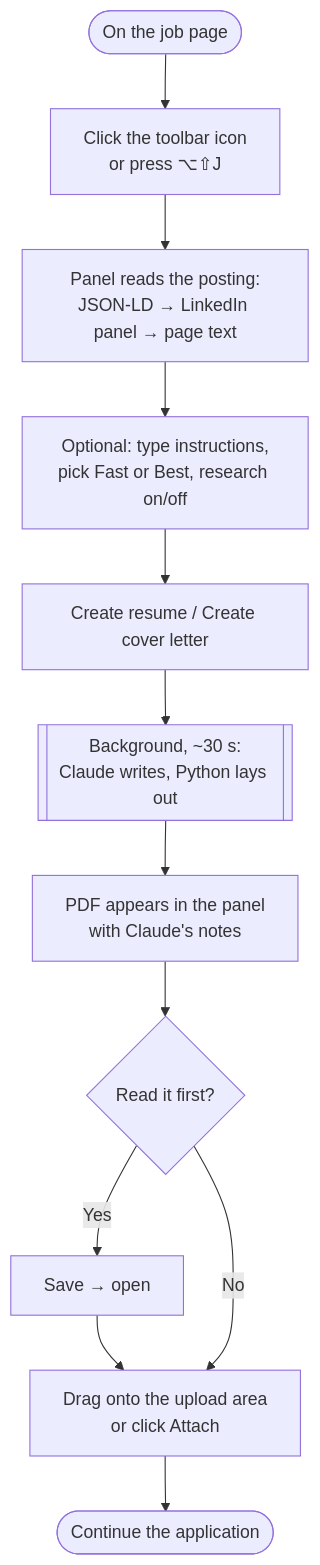
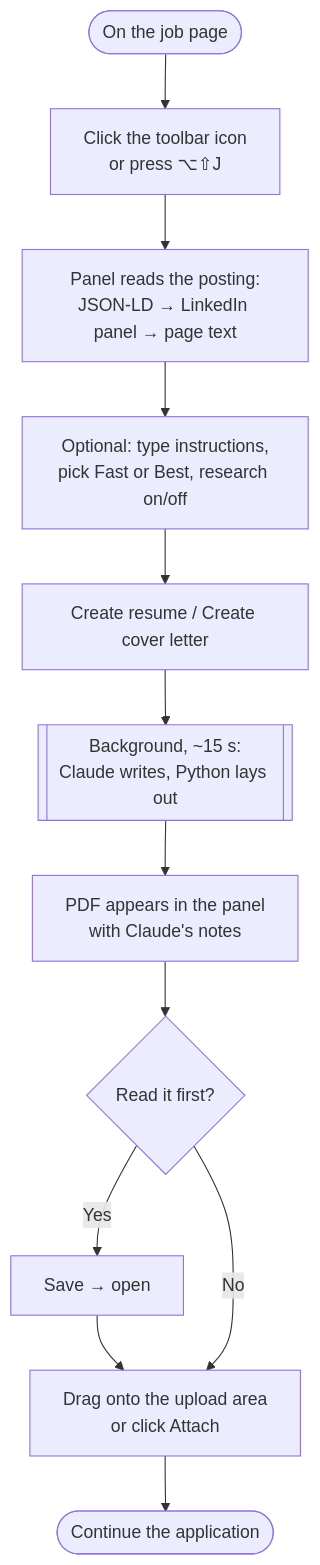
Before and after one commit to Apoorvsm01/just-fill-it: the second of 3 diagrams in README.md, drawn with Mermaid. The commit also changed other lines of this file and 3 other files, not shown here.

````diff
--- a/README.md
+++ b/README.md
@@ -88,14 +88,14 @@
 ```mermaid
 flowchart TD
     A([On the job page]) --> B[Click the toolbar icon<br/>or press ⌥⇧J]
     B --> C[Panel reads the posting:<br/>JSON-LD → LinkedIn panel → page text]
     C --> D[Optional: type instructions,<br/>pick Fast or Best, research on/off]
     D --> E[Create resume / Create cover letter]
-    E --> F[[Background, ~30 s:<br/>Claude writes, Python lays out]]
+    E --> F[[Background, ~15 s:<br/>Claude writes, Python lays out]]
     F --> G[PDF appears in the panel<br/>with Claude's notes]
     G --> H{Read it first?}
     H -- Yes --> I[Save → open]
     I --> J
     H -- No --> J[Drag onto the upload area<br/>or click Attach]
     J --> K([Continue the application])
 ```
````
